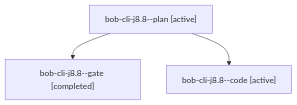
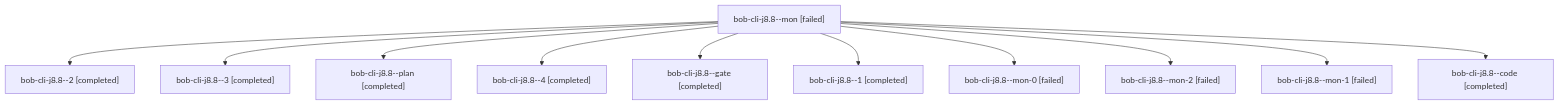
The diagram in sessions/bbugyi200.apollo.bob-cli-j8.8.md (bobs-org/bob-cli--agents), drawn with Mermaid before and after one commit. The commit also changed other lines of this file and 121 other files, not shown here.

````diff
--- a/sessions/bbugyi200.apollo.bob-cli-j8.8.md
+++ b/sessions/bbugyi200.apollo.bob-cli-j8.8.md
@@ -9,8 +9,24 @@
 ```mermaid
 flowchart TD
-  n0["bob-cli-j8.8--plan [active]"]
-  n1["bob-cli-j8.8--gate [completed]"]
+  n0["bob-cli-j8.8--mon [failed]"]
+  n1["bob-cli-j8.8--2 [completed]"]
   n0 --> n1
-  n2["bob-cli-j8.8--code [active]"]
+  n2["bob-cli-j8.8--3 [completed]"]
   n0 --> n2
+  n3["bob-cli-j8.8--plan [completed]"]
+  n0 --> n3
+  n4["bob-cli-j8.8--4 [completed]"]
+  n0 --> n4
+  n5["bob-cli-j8.8--gate [completed]"]
+  n0 --> n5
+  n6["bob-cli-j8.8--1 [completed]"]
+  n0 --> n6
+  n7["bob-cli-j8.8--mon-0 [failed]"]
+  n0 --> n7
+  n8["bob-cli-j8.8--mon-2 [failed]"]
+  n0 --> n8
+  n9["bob-cli-j8.8--mon-1 [failed]"]
+  n0 --> n9
+  n10["bob-cli-j8.8--code [completed]"]
+  n0 --> n10
 ```
````
